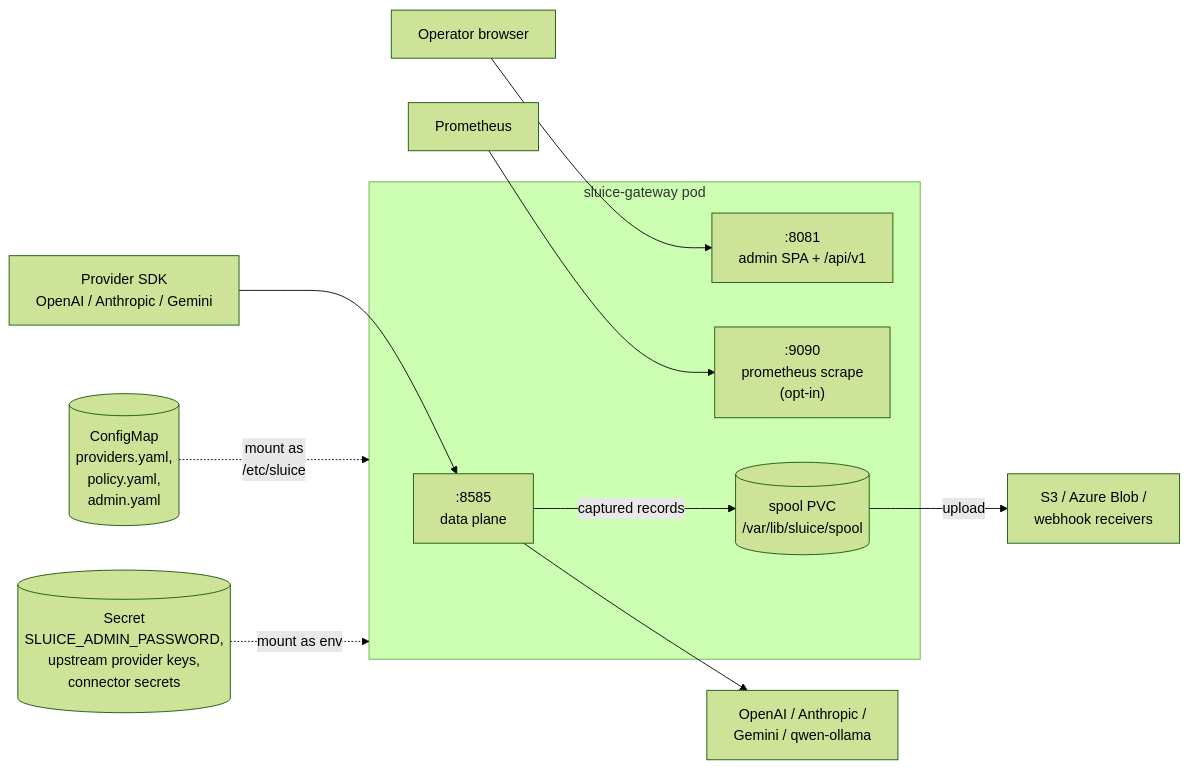
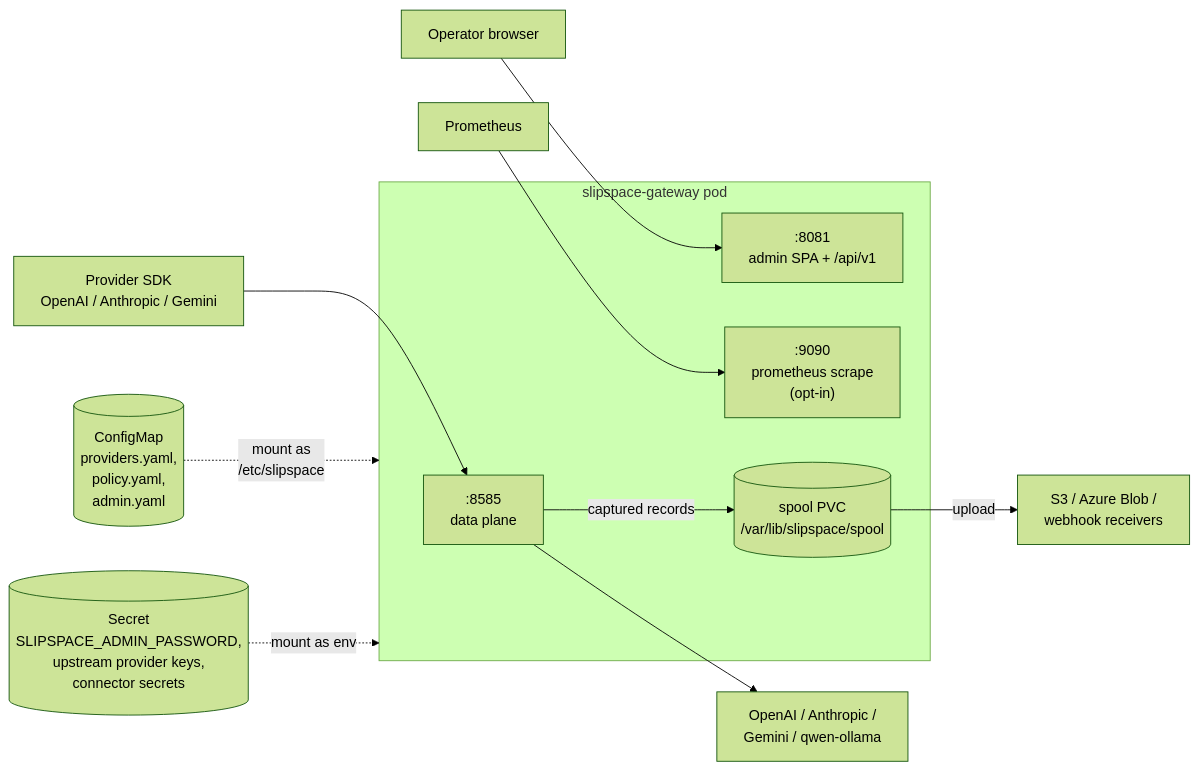
Before and after one commit to andyjmorgan/slipspace-gateway: the first of 3 diagrams in docs/deployment.md, drawn with Mermaid (forest theme). The commit also changed other lines of this file and 212 other files, not shown here.

````diff
--- a/docs/deployment.md
+++ b/docs/deployment.md
@@ -31,21 +31,21 @@
 ```mermaid
 flowchart LR
-    subgraph Pod[sluice-gateway pod]
+    subgraph Pod[slipspace-gateway pod]
         DP[":8585<br/>data plane"]
         AD[":8081<br/>admin SPA + /api/v1"]
         PR[":9090<br/>prometheus scrape<br/>(opt-in)"]
-        SP[("spool PVC<br/>/var/lib/sluice/spool")]
+        SP[("spool PVC<br/>/var/lib/slipspace/spool")]
     end
 
-    CFG[("ConfigMap<br/>providers.yaml,<br/>policy.yaml,<br/>admin.yaml")] -. mount as<br/>/etc/sluice .-> Pod
-    SEC[("Secret<br/>SLUICE_ADMIN_PASSWORD,<br/>upstream provider keys,<br/>connector secrets")] -. mount as env .-> Pod
+    CFG[("ConfigMap<br/>providers.yaml,<br/>policy.yaml,<br/>admin.yaml")] -. mount as<br/>/etc/slipspace .-> Pod
+    SEC[("Secret<br/>SLIPSPACE_ADMIN_PASSWORD,<br/>upstream provider keys,<br/>connector secrets")] -. mount as env .-> Pod
 
     Client[Provider SDK<br/>OpenAI / Anthropic / Gemini] --> DP
     Operator[Operator browser] --> AD
     Scrape[Prometheus] --> PR
 
     DP -- captured records --> SP
     SP -- upload --> Dest[S3 / Azure Blob /<br/>webhook receivers]
 
     DP --> Upstream[OpenAI / Anthropic /<br/>Gemini / qwen-ollama]
 ```
````
